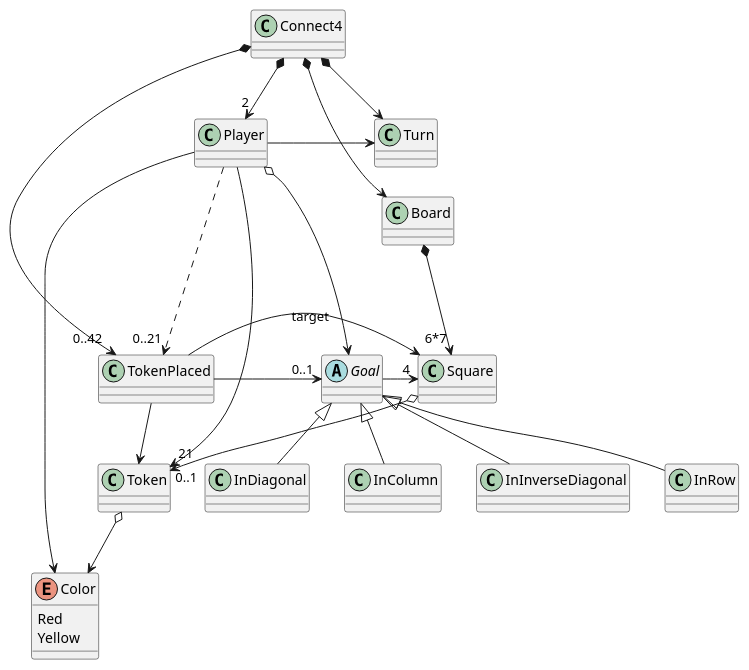
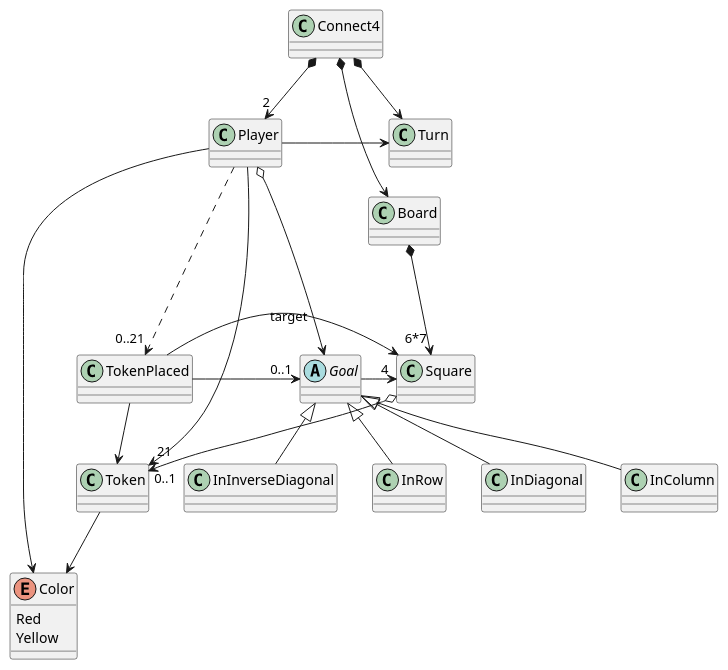
The diagram in MPDS/Connect4/docs/src/domain model overview.plantuml (PabloMartinFluvia/IT-School), drawn with PlantUML before and after one commit. The commit also changed 2 other files, not shown here.

Commit message:
connect4 domain model upgrade
as task for M1 Fundamentos U6 XML-JSON-YAML, after review in previous unit

```diff
--- a/MPDS/Connect4/docs/src/domain model overview.plantuml
+++ b/MPDS/Connect4/docs/src/domain model overview.plantuml
@@ -1,65 +1,64 @@
 @startuml
 
 class Connect4
 'connect4 main classes:'
 class Player
 class Turn
 class Board
 class Token
 
 class Square
 
 'goals'
 abstract class Goal
 class InRow
 class InDiagonal
 class InColumn
 class InInverseDiagonal
 
 'events'
 class TokenPlaced
 
 'token & player color'
 enum Color{
 Red
 Yellow
 }
 
 'connect4 composites'
 Connect4 *-down-> "2" Player
 Connect4 *-down-> Turn
 Connect4 *-down-> Board
-Connect4 *-down-> "0..42" TokenPlaced
 
 
 'player dependencies'
 Player -right-> Turn
 Player o-down-> Goal
 Player .down.-> "0..21" TokenPlaced
 Player -down-> Color
 Player -down-> "21" Token
 
 'board dependencies'
 Board *-down-> "6*7" Square
 
 'token placed event dependencies'
 TokenPlaced -right-> "0..1" Goal
 TokenPlaced -right->  Token
 TokenPlaced -right-> Square : target
 
 'goal dependencies'
 Goal -right-> "4" Square
 
 'square dependencies'
 Square o-down-> "0..1" Token
 
 'goal children'
 Goal <|-down- InRow
 Goal <|-down- InColumn
 Goal <|-down- InDiagonal
 Goal <|-down- InInverseDiagonal
 
 'token dependencies'
-Token o-down-> Color
+Token -down-> Color
 
 @enduml
```
